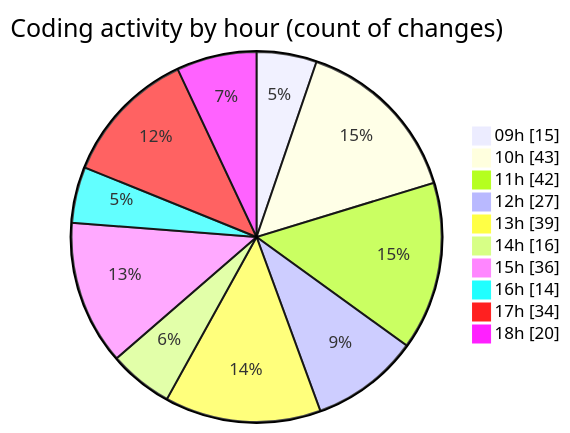
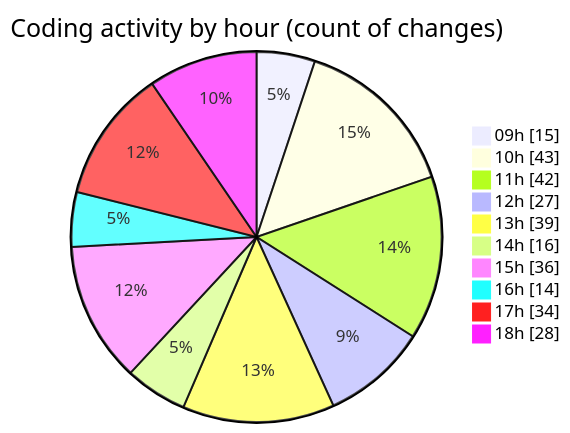
Before and after one commit to momahboobian/code-tracking: the second of 2 diagrams in 2025-09-30/cda/README.md, drawn with Mermaid. The commit also changed other lines of this file and 1 other file, not shown here.

````diff
--- a/2025-09-30/cda/README.md
+++ b/2025-09-30/cda/README.md
@@ -34,14 +34,14 @@
 ```mermaid
 pie showData
 title Coding activity by hour (count of changes)
 "09h" : 15
 "10h" : 43
 "11h" : 42
 "12h" : 27
 "13h" : 39
 "14h" : 16
 "15h" : 36
 "16h" : 14
 "17h" : 34
-"18h" : 20
+"18h" : 28
 ```
````
